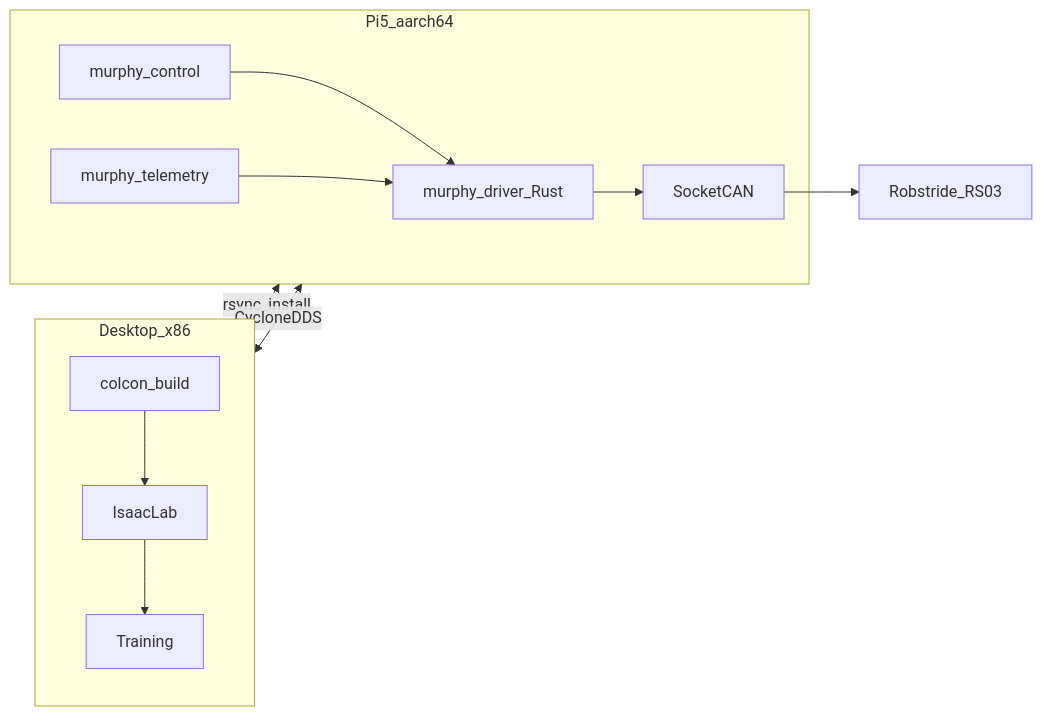
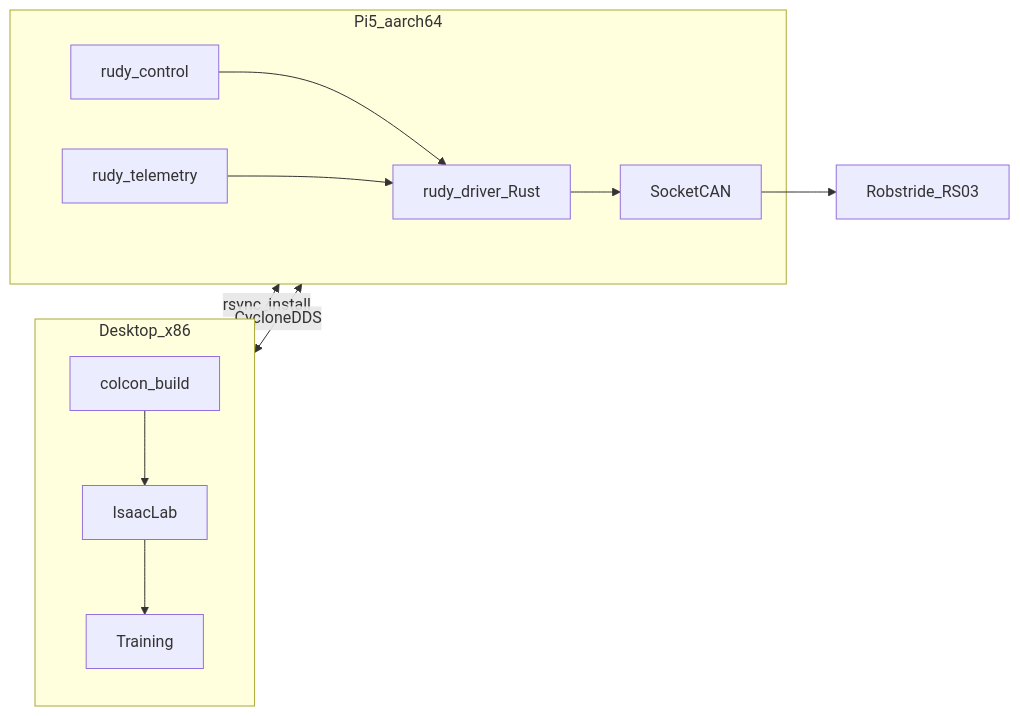
Before and after one commit to jaylamping/rudy: the first of 2 diagrams in docs/architecture.md, drawn with Mermaid. The commit also changed other lines of this file and 134 other files, not shown here.

First line of the commit message:
Rename project from Murphy to Rudy

````diff
--- a/docs/architecture.md
+++ b/docs/architecture.md
@@ -12,22 +12,22 @@
 ```mermaid
 graph LR
   subgraph desktop [Desktop_x86]
     Build[colcon_build]
     Sim[IsaacLab]
     Train[Training]
     Build --> Sim --> Train
   end
 
   subgraph pi5 [Pi5_aarch64]
-    Driver[murphy_driver_Rust]
-    Control[murphy_control]
-    Telem[murphy_telemetry]
+    Driver[rudy_driver_Rust]
+    Control[rudy_control]
+    Telem[rudy_telemetry]
     Driver --> CAN[SocketCAN]
     Control --> Driver
     Telem --> Driver
   end
 
   desktop -->|rsync_install| pi5
   desktop <-->|CycloneDDS| pi5
   CAN --> Act[Robstride_RS03]
 ```
````
